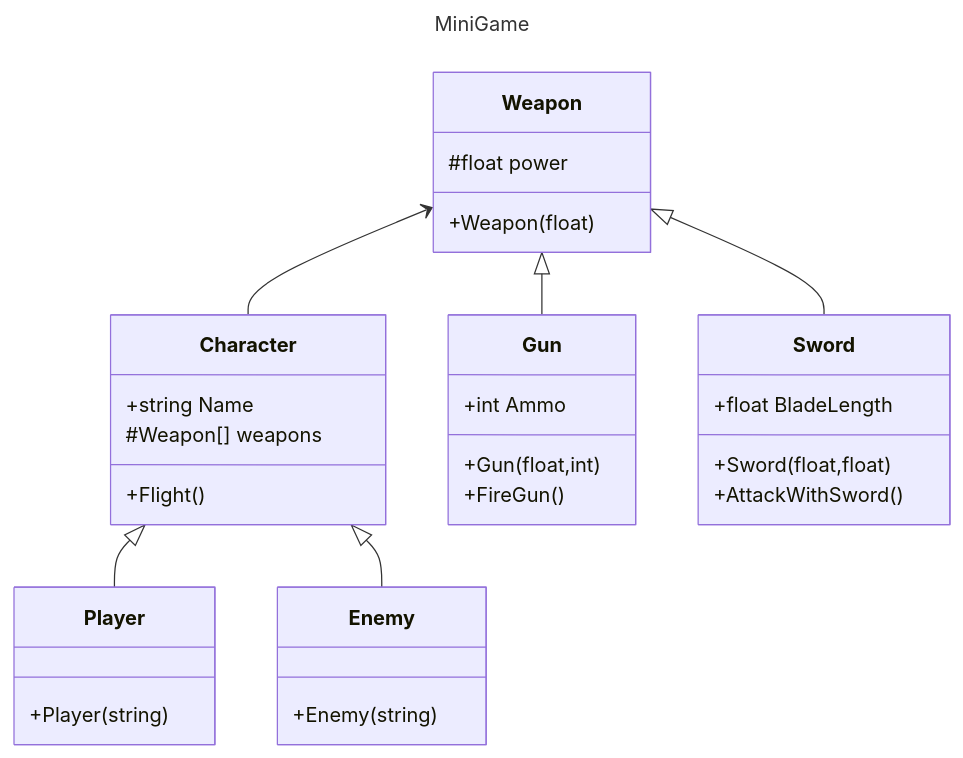
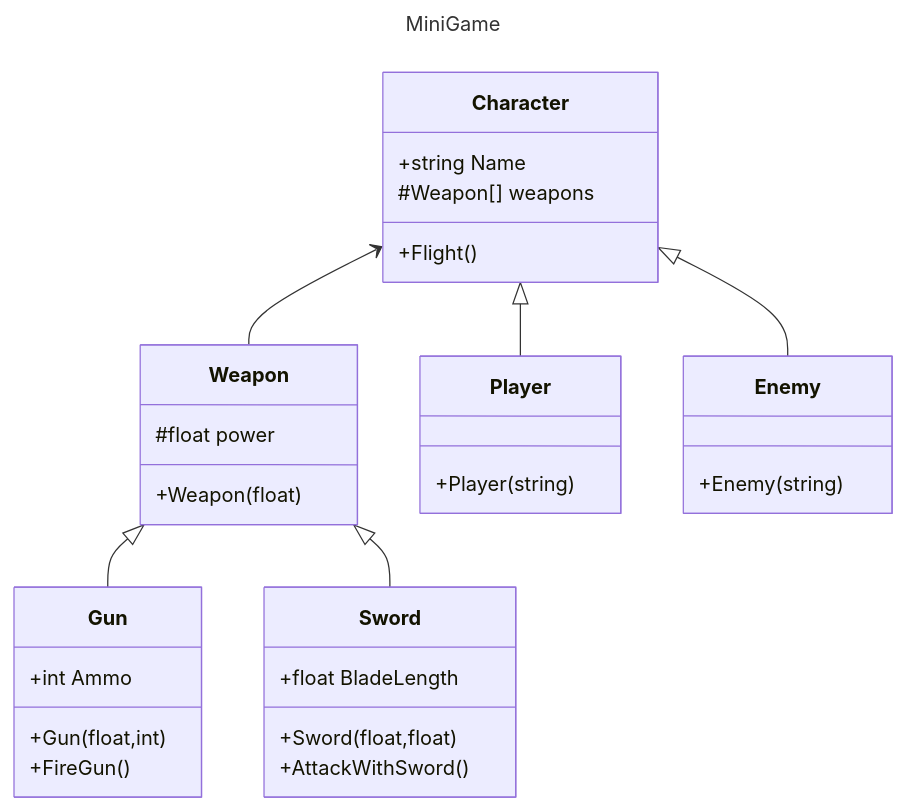
Before and after one commit to AlexandreAlmeid/LP1Semana07: the diagram in MiniGame/README.md, drawn with Mermaid.

Commit message:
MiniGameMermaidFinal

````diff
--- a/MiniGame/README.md
+++ b/MiniGame/README.md
@@ -1,32 +1,32 @@
 ```mermaid
 ---
 title: MiniGame
 ---
 classDiagram
-    Weapon <-- Character
+    Character <-- Weapon
     Character <|-- Player
     Character <|-- Enemy
     Weapon <|-- Gun
     Weapon <|-- Sword
     Character : +string Name
     Character : #Weapon[] weapons
     Character : +Flight()
     Weapon : #float power
     Weapon : +Weapon(float)
     class Player{
         +Player(string)
     }
     class Enemy{
         +Enemy(string)
     }
     class Gun{
         +int Ammo
         +Gun(float,int)
         +FireGun()
     }
     class Sword{
         +float BladeLength
         +Sword(float,float)
         +AttackWithSword()
     }
 ```
````
